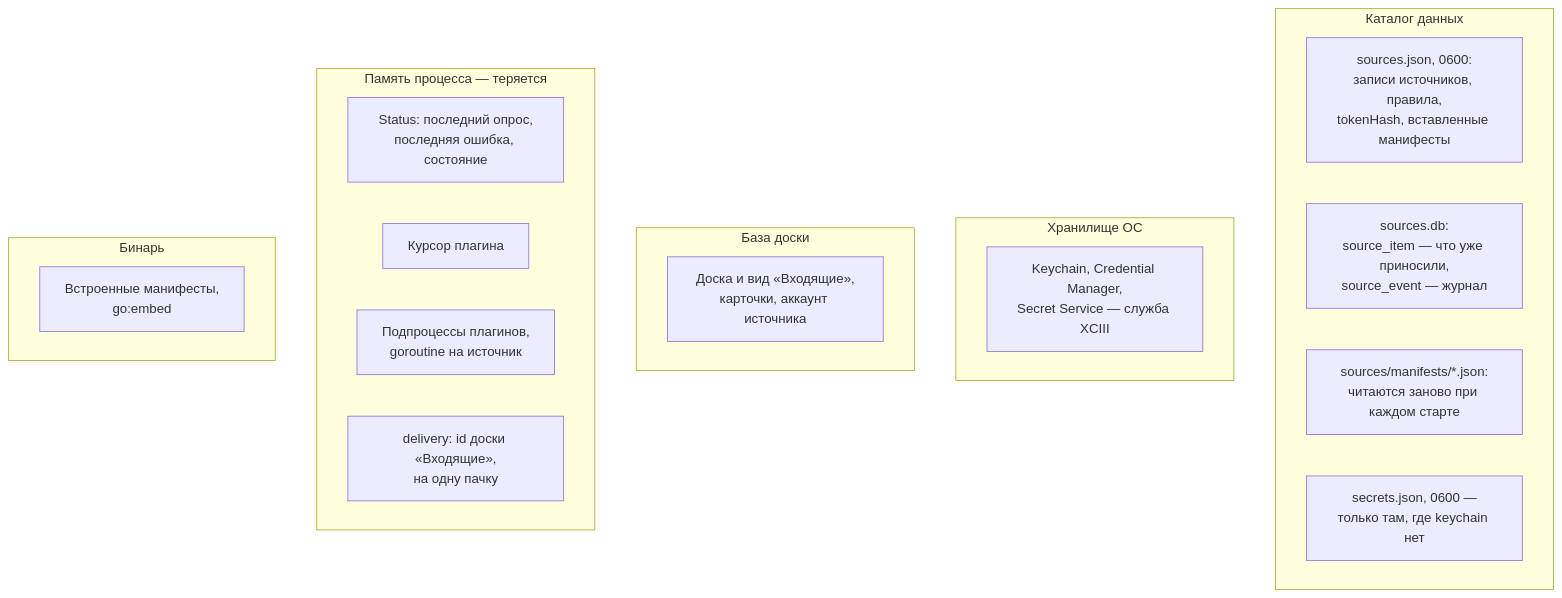
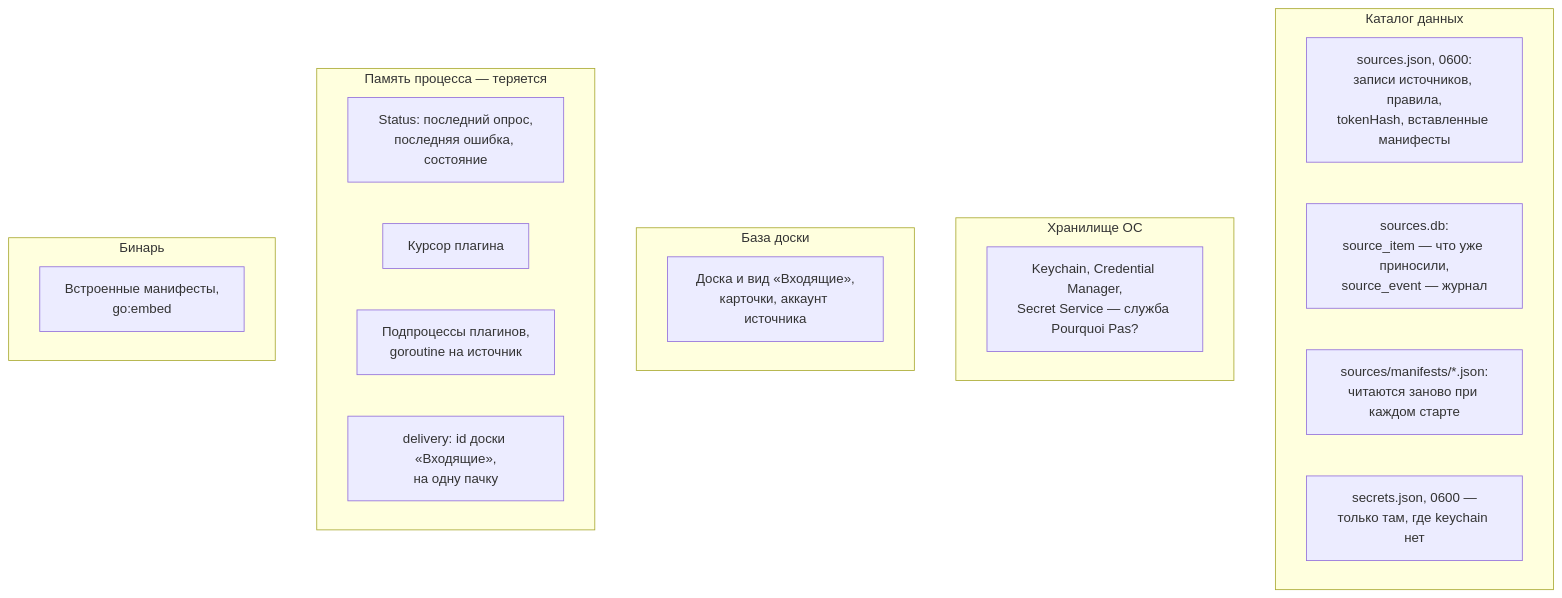
Before and after one commit to artipop/pourquoipas: the tenth of 12 diagrams in docs/sources.md, drawn with Mermaid. The commit also changed other lines of this file and 423 other files, not shown here.

First line of the commit message:
Rename the app to Pourquoi Pas?

````diff
--- a/docs/sources.md
+++ b/docs/sources.md
@@ -1076,24 +1076,24 @@
 ```mermaid
 flowchart TB
     subgraph disk["Каталог данных"]
         CFG["sources.json, 0600:<br/>записи источников, правила,<br/>tokenHash, вставленные манифесты"]
         DB["sources.db:<br/>source_item — что уже приносили,<br/>source_event — журнал"]
         MAN["sources/manifests/*.json:<br/>читаются заново при каждом старте"]
         FS["secrets.json, 0600 —<br/>только там, где keychain нет"]
     end
     subgraph os["Хранилище ОС"]
-        KC["Keychain, Credential Manager,<br/>Secret Service — служба XCIII"]
+        KC["Keychain, Credential Manager,<br/>Secret Service — служба Pourquoi Pas?"]
     end
     subgraph brd["База доски"]
         B["Доска и вид «Входящие»,<br/>карточки, аккаунт источника"]
     end
     subgraph mem["Память процесса — теряется"]
         ST["Status: последний опрос,<br/>последняя ошибка, состояние"]
         CU["Курсор плагина"]
         PR["Подпроцессы плагинов,<br/>goroutine на источник"]
         DL["delivery: id доски «Входящие»,<br/>на одну пачку"]
     end
     subgraph bin["Бинарь"]
         EM["Встроенные манифесты,<br/>go:embed"]
     end
 ```
````
